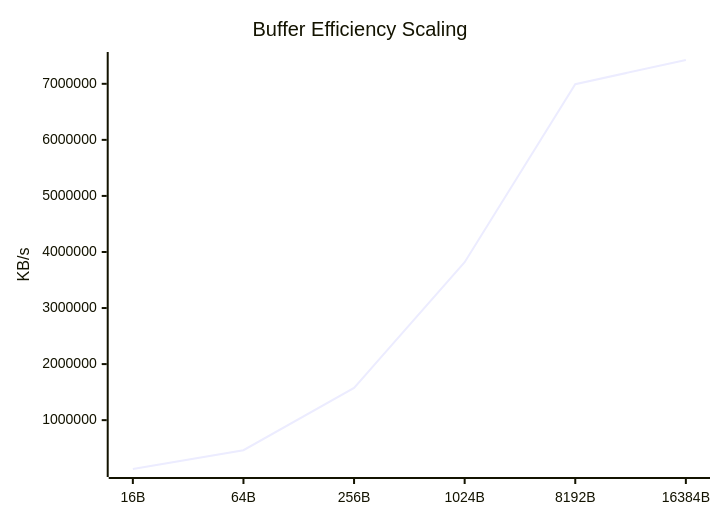
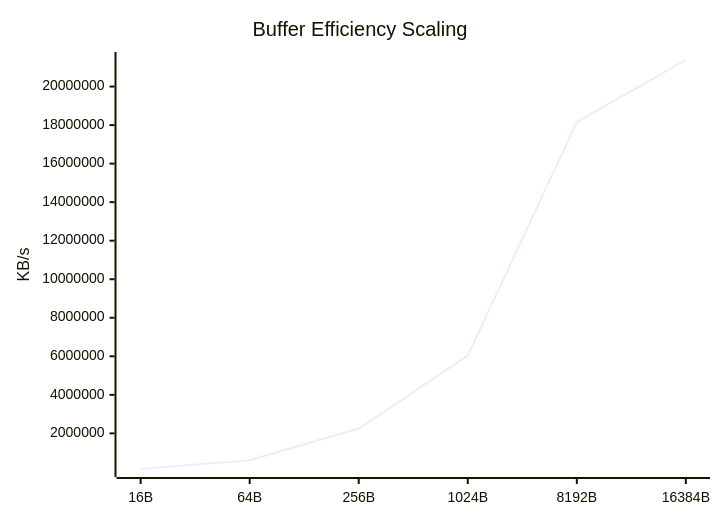
Before and after one commit to taha2samy/openssl_fips: the fifth of 9 diagrams in docs/Comparison_Report.md, drawn with Mermaid. The commit also changed other lines of this file and 2 other files, not shown here.

````diff
--- a/docs/Comparison_Report.md
+++ b/docs/Comparison_Report.md
@@ -94,7 +94,7 @@
 ```mermaid
 xychart-beta
     title "Buffer Efficiency Scaling"
     x-axis [16B, 64B, 256B, 1024B, 8192B, 16384B]
     y-axis "KB/s"
-    line [128469.3, 463985.7, 1574221.57, 3817117.7, 6993510.4, 7424761.86]
+    line [151374.72, 602604.7, 2249550.59, 6039271.42, 18155397.12, 21377867.78]
 ```
````
